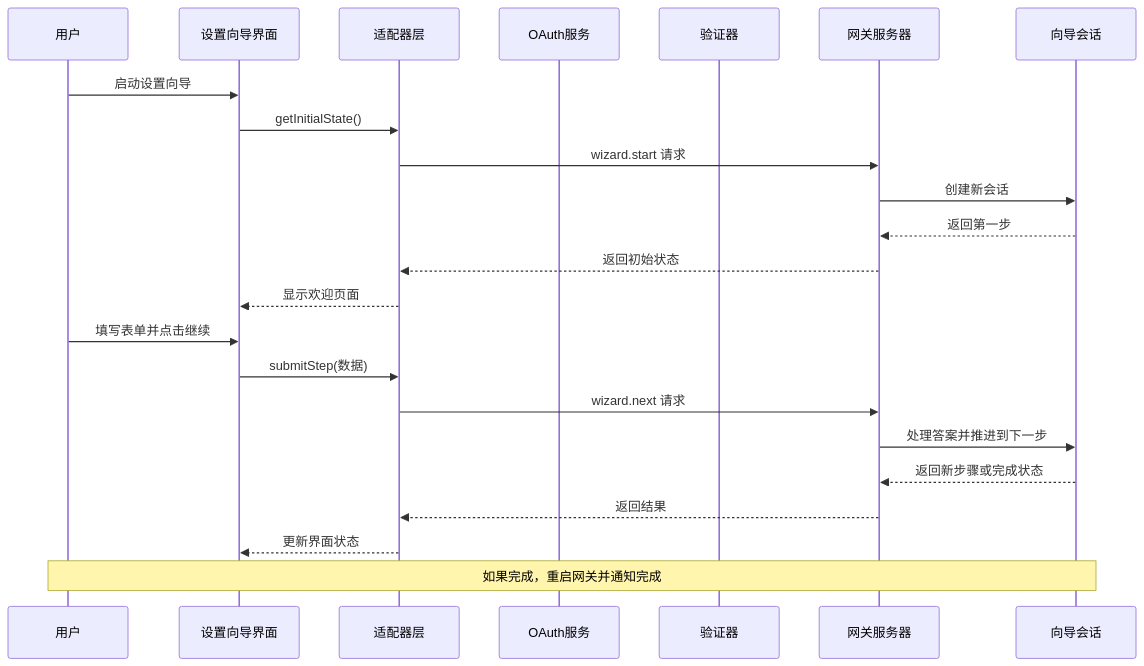
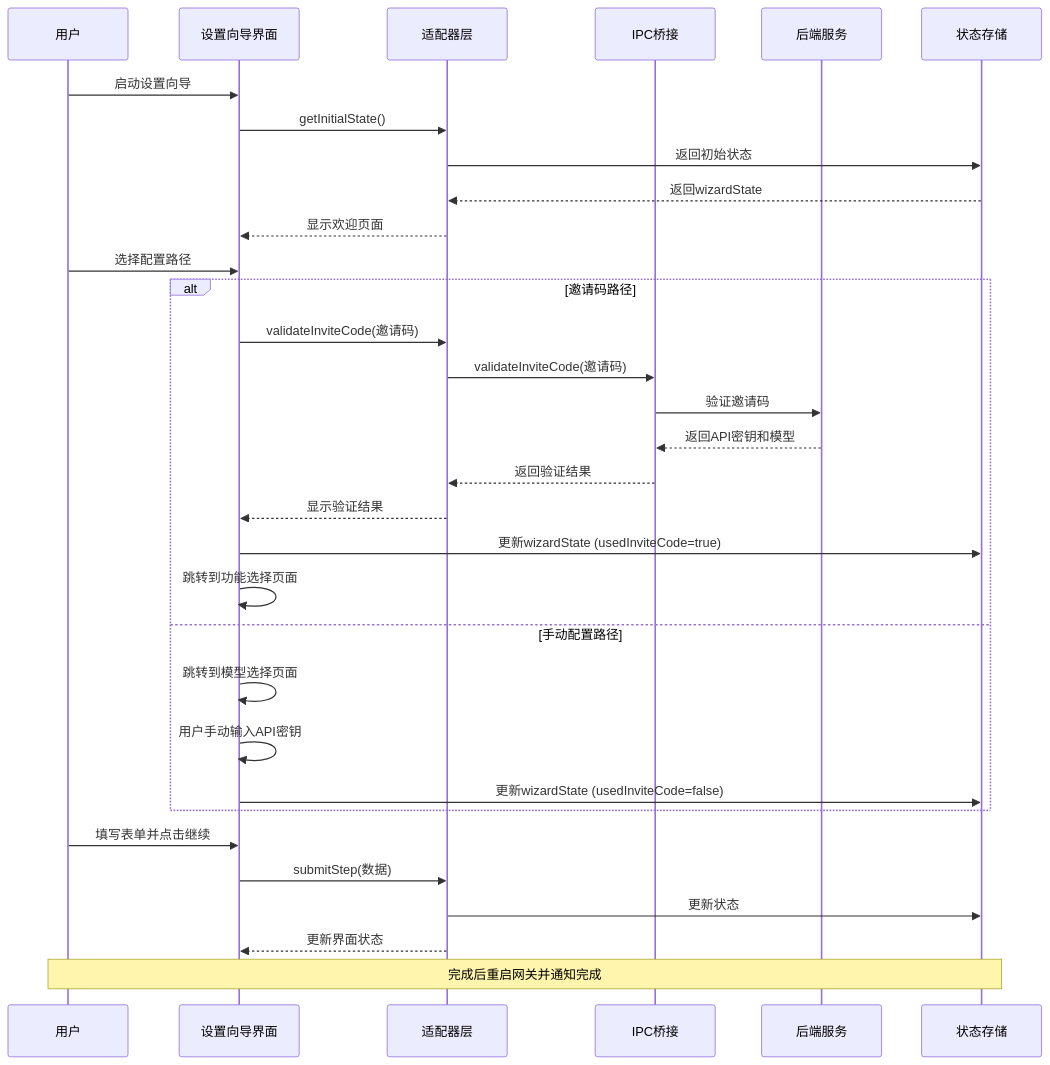
The third of 12 diagrams in .qoder/repowiki/zh/content/开发者指南/设置向导系统.md (verse-ai-org/openclaw), drawn with Mermaid before and after one commit. The commit also changed other lines of this file and 31 other files, not shown here.

````diff
--- a/.qoder/repowiki/zh/content/开发者指南/设置向导系统.md
+++ b/.qoder/repowiki/zh/content/开发者指南/设置向导系统.md
@@ -171,25 +206,34 @@
 ```mermaid
 sequenceDiagram
 participant User as 用户
 participant UI as 设置向导界面
 participant Adapter as 适配器层
-participant OAuth as OAuth服务
-participant Validator as 验证器
-participant Gateway as 网关服务器
-participant Session as 向导会话
+participant IPC as IPC桥接
+participant Backend as 后端服务
+participant Store as 状态存储
 User->>UI : 启动设置向导
 UI->>Adapter : getInitialState()
-Adapter->>Gateway : wizard.start 请求
-Gateway->>Session : 创建新会话
-Session-->>Gateway : 返回第一步
-Gateway-->>Adapter : 返回初始状态
+Adapter->>Store : 返回初始状态
+Store-->>Adapter : 返回wizardState
 Adapter-->>UI : 显示欢迎页面
+User->>UI : 选择配置路径
+alt 邀请码路径
+UI->>Adapter : validateInviteCode(邀请码)
+Adapter->>IPC : validateInviteCode(邀请码)
+IPC->>Backend : 验证邀请码
+Backend-->>IPC : 返回API密钥和模型
+IPC-->>Adapter : 返回验证结果
+Adapter-->>UI : 显示验证结果
+UI->>Store : 更新wizardState (usedInviteCode=true)
+UI->>UI : 跳转到功能选择页面
+else 手动配置路径
+UI->>UI : 跳转到模型选择页面
+UI->>UI : 用户手动输入API密钥
+UI->>Store : 更新wizardState (usedInviteCode=false)
+end
 User->>UI : 填写表单并点击继续
 UI->>Adapter : submitStep(数据)
-Adapter->>Gateway : wizard.next 请求
-Gateway->>Session : 处理答案并推进到下一步
-Session-->>Gateway : 返回新步骤或完成状态
-Gateway-->>Adapter : 返回结果
+Adapter->>Store : 更新状态
 Adapter-->>UI : 更新界面状态
-Note over User,Session : 如果完成，重启网关并通知完成
+Note over User,Store : 完成后重启网关并通知完成
 ```
````
